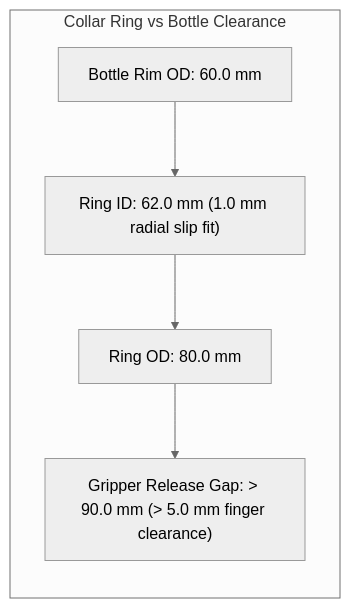
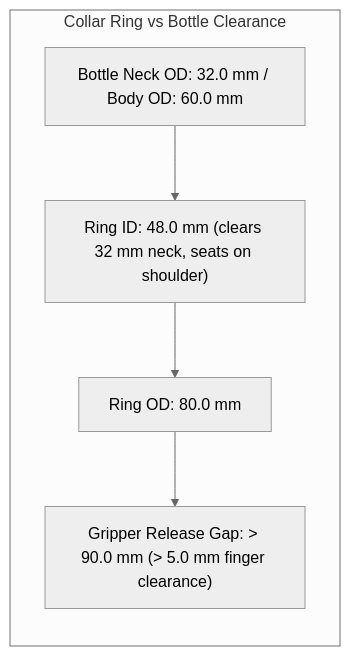
The first of 2 diagrams in solution/CONSTRAINTS.md (Gagan-v04/advaitic-robotic-systems-assignment), drawn with Mermaid (neutral theme) before and after one commit. The commit also changed other lines of this file and 2 other files, not shown here.

````diff
--- a/solution/CONSTRAINTS.md
+++ b/solution/CONSTRAINTS.md
@@ -23,11 +23,11 @@
 ```mermaid
 flowchart LR
     subgraph Dimensions["Collar Ring vs Bottle Clearance"]
         direction TB
-        BottleRim["Bottle Rim OD: 60.0 mm"]
-        RingID["Ring ID: 62.0 mm (1.0 mm radial slip fit)"]
+        BottleNeck["Bottle Neck OD: 32.0 mm / Body OD: 60.0 mm"]
+        RingID["Ring ID: 48.0 mm (clears 32 mm neck, seats on shoulder)"]
         RingOD["Ring OD: 80.0 mm"]
         GripperOpen["Gripper Release Gap: > 90.0 mm (> 5.0 mm finger clearance)"]
-        BottleRim --> RingID --> RingOD --> GripperOpen
+        BottleNeck --> RingID --> RingOD --> GripperOpen
     end
 ```
````
